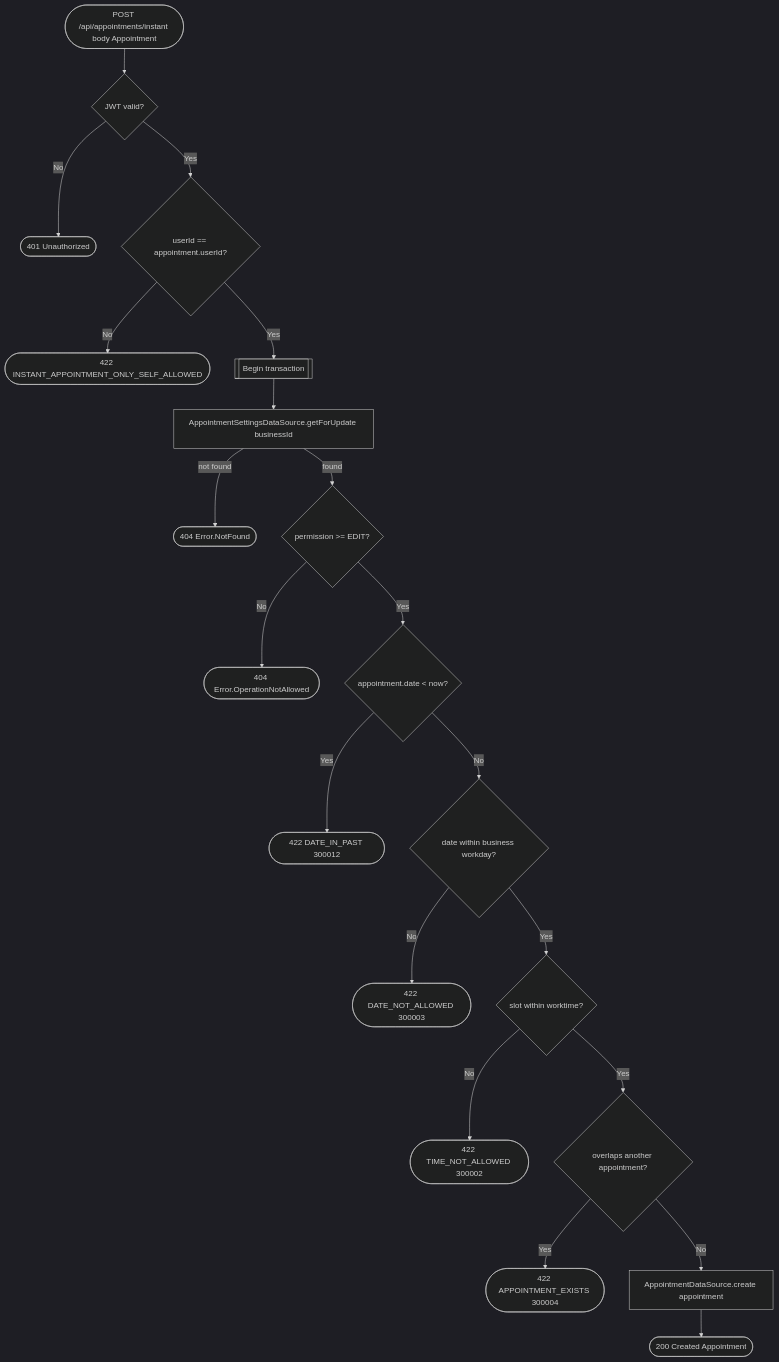
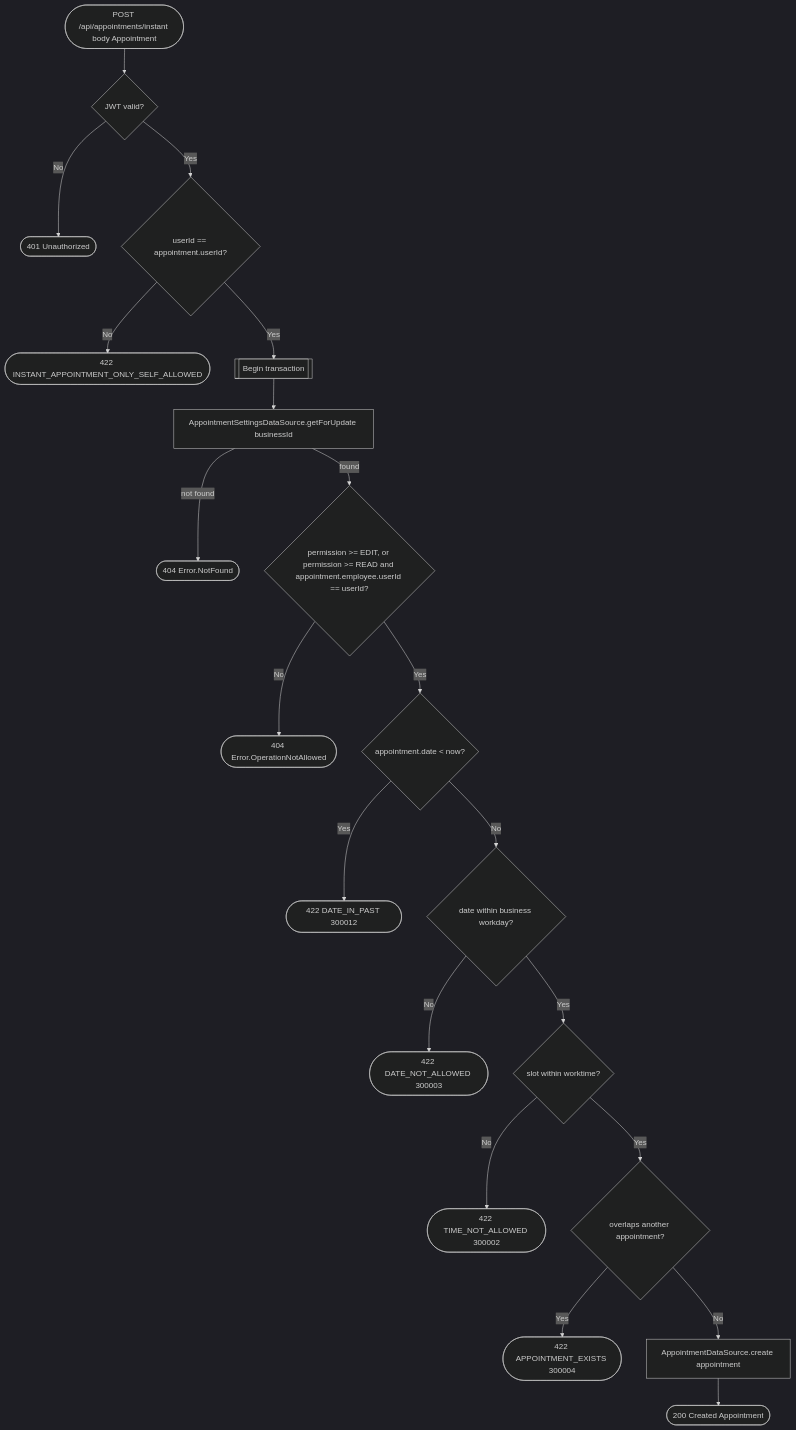
Before and after one commit to an22/bookk.me-backend: the diagram in docs/operations/appointments/create-appointment-instant.md, drawn with Mermaid (dark theme). The commit also changed other lines of this file and 55 other files, not shown here.

Commit message:
[ISSUE-89] add permission so employee can change its own records even with READ permissions

````diff
--- a/docs/operations/appointments/create-appointment-instant.md
+++ b/docs/operations/appointments/create-appointment-instant.md
@@ -10,22 +12,22 @@
 ```mermaid
 flowchart TD
     Start([POST /api/appointments/instant body Appointment]) --> Auth{JWT valid?}
     Auth -- No --> R401([401 Unauthorized])
     Auth -- Yes --> SelfCheck{userId == appointment.userId?}
     SelfCheck -- No --> R422a([422 INSTANT_APPOINTMENT_ONLY_SELF_ALLOWED])
     SelfCheck -- Yes --> Tx[[Begin transaction]]
     Tx --> Settings[AppointmentSettingsDataSource.getForUpdate businessId]
     Settings -- not found --> R404a([404 Error.NotFound])
-    Settings -- found --> Perm{permission >= EDIT?}
+    Settings -- found --> Perm{permission >= EDIT, or permission >= READ and appointment.employee.userId == userId?}
     Perm -- No --> R404b([404 Error.OperationNotAllowed])
     Perm -- Yes --> PastCheck{appointment.date < now?}
     PastCheck -- Yes --> R422b([422 DATE_IN_PAST 300012])
     PastCheck -- No --> WorkdayCheck{date within business workday?}
     WorkdayCheck -- No --> R422c([422 DATE_NOT_ALLOWED 300003])
     WorkdayCheck -- Yes --> WorktimeCheck{slot within worktime?}
     WorktimeCheck -- No --> R422d([422 TIME_NOT_ALLOWED 300002])
     WorktimeCheck -- Yes --> Overlap{overlaps another appointment?}
     Overlap -- Yes --> R422e([422 APPOINTMENT_EXISTS 300004])
     Overlap -- No --> Create[AppointmentDataSource.create appointment]
     Create --> R200([200 Created Appointment])
 ```
````
